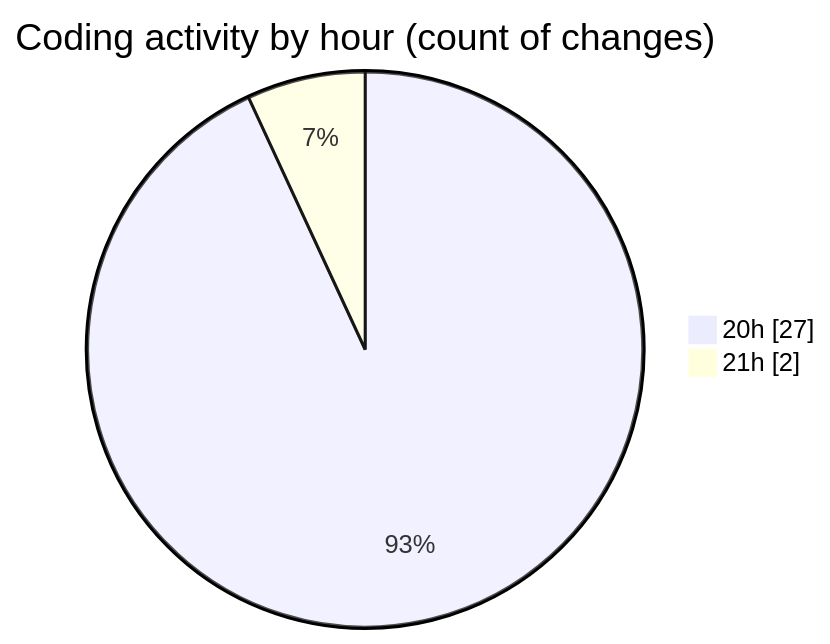
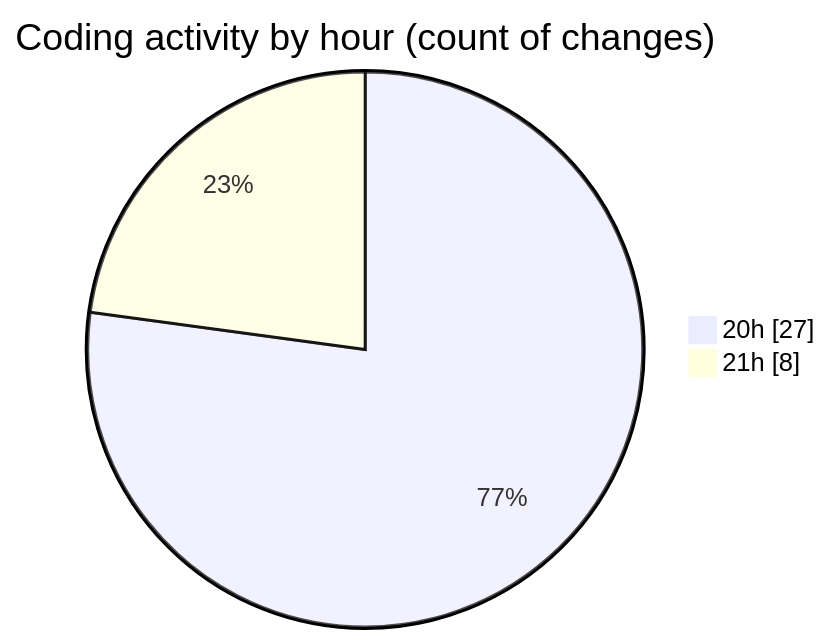
One commit to momahboobian/code-tracking changed the second of 2 diagrams in 2025-02-16/iptv_moreel_me/README.md. Above: the diagram before and after it, drawn with Mermaid. The commit also changed other lines of this file and 1 other file, not shown here.

````diff
--- a/2025-02-16/iptv_moreel_me/README.md
+++ b/2025-02-16/iptv_moreel_me/README.md
@@ -28,6 +28,6 @@
 ```mermaid
 pie showData
 title Coding activity by hour (count of changes)
 "20h" : 27
-"21h" : 2
+"21h" : 8
 ```
````
